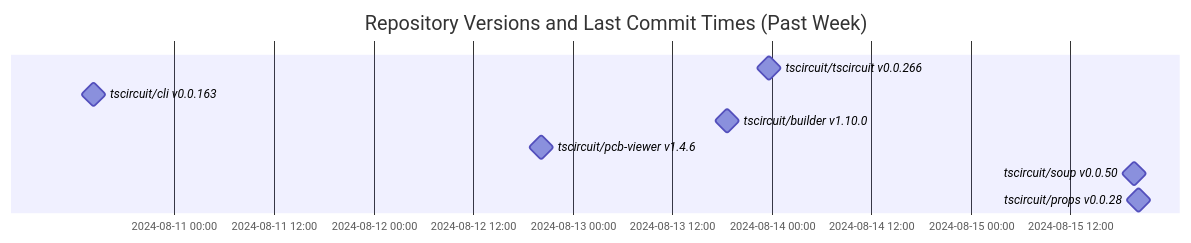
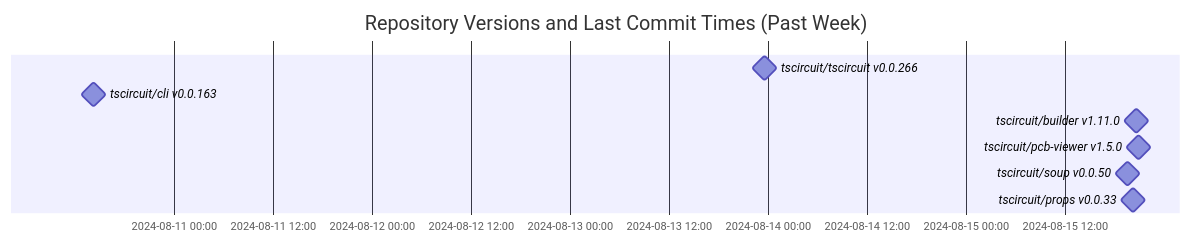
One commit to tscircuit/version-tracker changed the diagram in README.md. Above: the diagram before and after it, drawn with Mermaid.

Commit message:
Update chart

````diff
--- a/README.md
+++ b/README.md
@@ -1,13 +1,13 @@
 ```mermaid
 gantt
   dateFormat  YYYY-MM-DD HH:mm:ss
   title Repository Versions and Last Commit Times (Past Week)
   axisFormat %Y-%m-%d %H:%M
 
   tscircuit/tscircuit v0.0.266 : milestone, 2024-08-13 23:37:39, 1s
   tscircuit/cli v0.0.163 : milestone, 2024-08-10 14:15:28, 1s
-  tscircuit/builder v1.10.0 : milestone, 2024-08-13 18:36:04, 1s
-  tscircuit/pcb-viewer v1.4.6 : milestone, 2024-08-12 20:14:33, 1s
+  tscircuit/builder v1.11.0 : milestone, 2024-08-15 20:38:45, 1s
+  tscircuit/pcb-viewer v1.5.0 : milestone, 2024-08-15 20:55:08, 1s
   tscircuit/soup v0.0.50 : milestone, 2024-08-15 19:36:27, 1s
-  tscircuit/props v0.0.28 : milestone, 2024-08-15 20:10:43, 1s
+  tscircuit/props v0.0.33 : milestone, 2024-08-15 20:18:33, 1s
 ```
````
